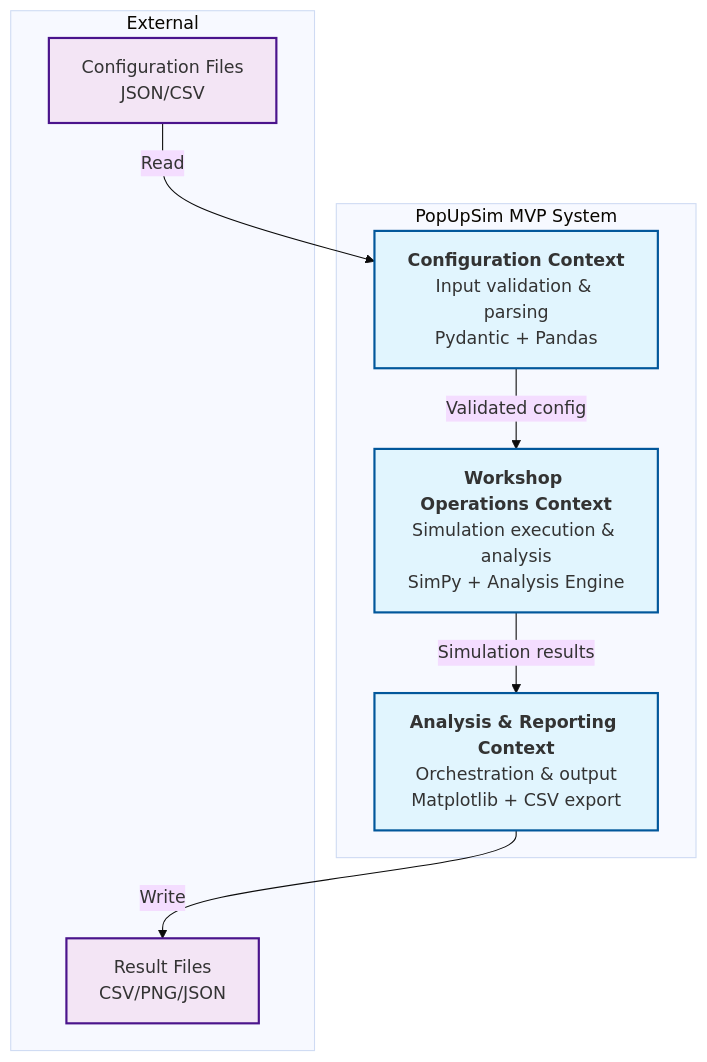
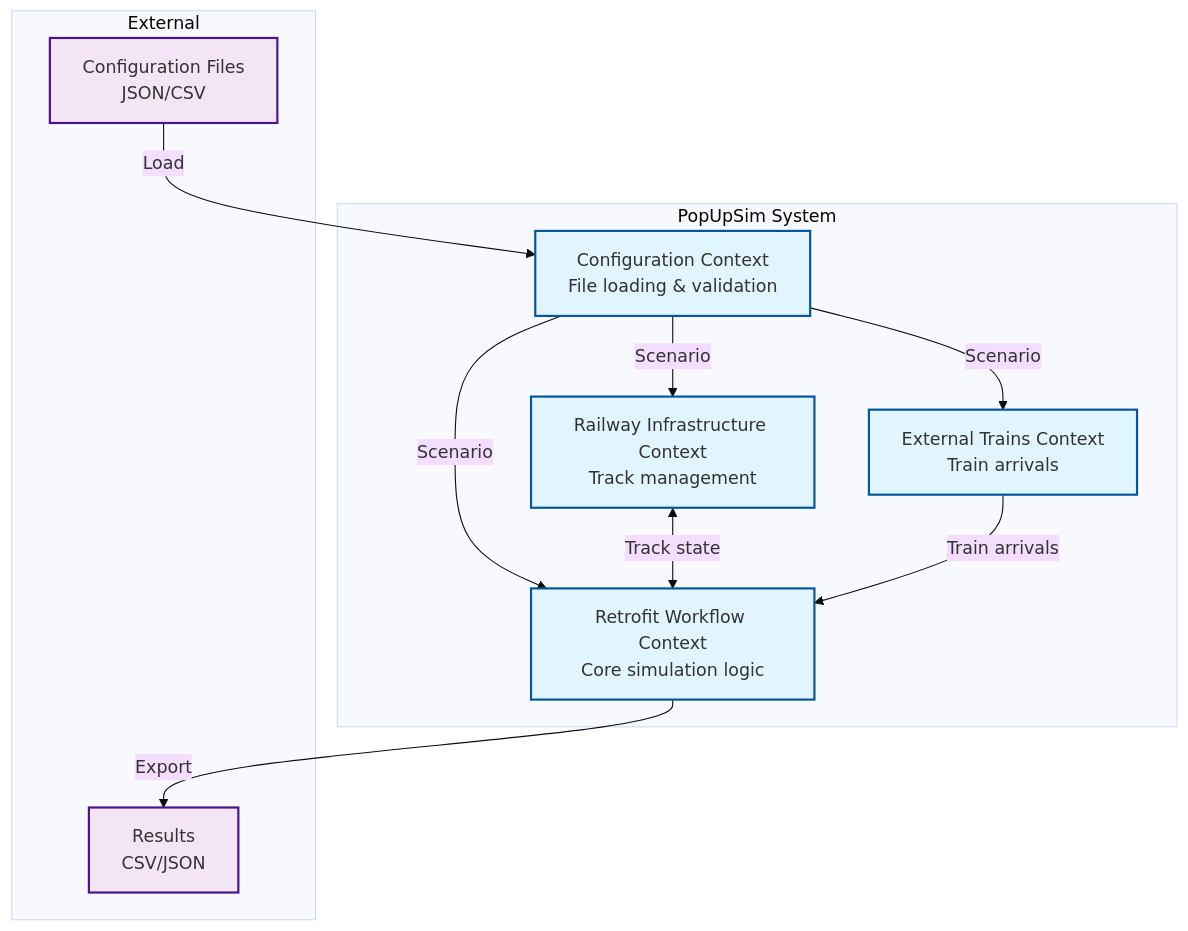
The first of 6 diagrams in docs/mvp/architecture/05-building-blocks.md (OpenRailAssociation/dac-migration-dss-popupsim), drawn with Mermaid (base theme) before and after one commit. The commit also changed other lines of this file and 197 other files, not shown here.

````diff
--- a/docs/mvp/architecture/05-building-blocks.md
+++ b/docs/mvp/architecture/05-building-blocks.md
@@ -9,24 +7,28 @@
 ```mermaid
 graph TB
-    subgraph "PopUpSim MVP System"
-        CC["<b>Configuration Context</b><br/>Input validation & parsing<br/>Pydantic + Pandas"]
-        SD["<b>Workshop Operations Context</b><br/>Simulation execution & analysis<br/>SimPy + Analysis Engine"]
-        SC["<b>Analysis & Reporting Context</b><br/>Orchestration & output<br/>Matplotlib + CSV export"]
+    subgraph "PopUpSim System"
+        CFG["Configuration Context<br/>File loading & validation"]
+        RWF["Retrofit Workflow Context<br/>Core simulation logic"]
+        RLY["Railway Infrastructure Context<br/>Track management"]
+        EXT["External Trains Context<br/>Train arrivals"]
     end
-
+    
     subgraph "External"
         Files["Configuration Files<br/>JSON/CSV"]
-        Results["Result Files<br/>CSV/PNG/JSON"]
+        Output["Results<br/>CSV/JSON"]
     end
-
-    Files -->|"Read"| CC
-    CC -->|"Validated config"| SD
-    SD -->|"Simulation results"| SC
-    SC -->|"Write"| Results
-
+    
+    Files -->|Load| CFG
+    CFG -->|Scenario| RWF
+    CFG -->|Scenario| RLY
+    CFG -->|Scenario| EXT
+    RLY <-->|Track state| RWF
+    EXT -->|Train arrivals| RWF
+    RWF -->|Export| Output
+    
     classDef context fill:#e1f5fe,stroke:#01579b,stroke-width:2px
     classDef external fill:#f3e5f5,stroke:#4a148c,stroke-width:2px
-
-    class CC,SD,SC context
-    class Files,Results external
+    
+    class CFG,RWF,RLY,EXT context
+    class Files,Output external
 ```
````
